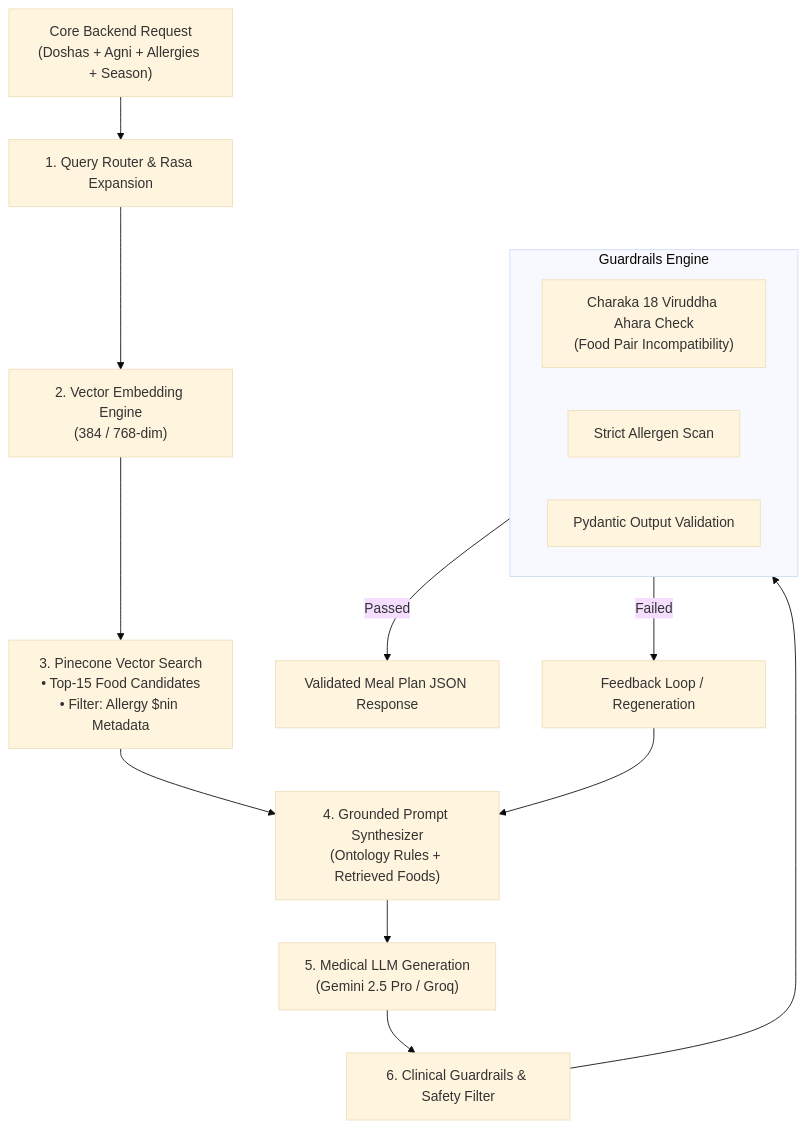
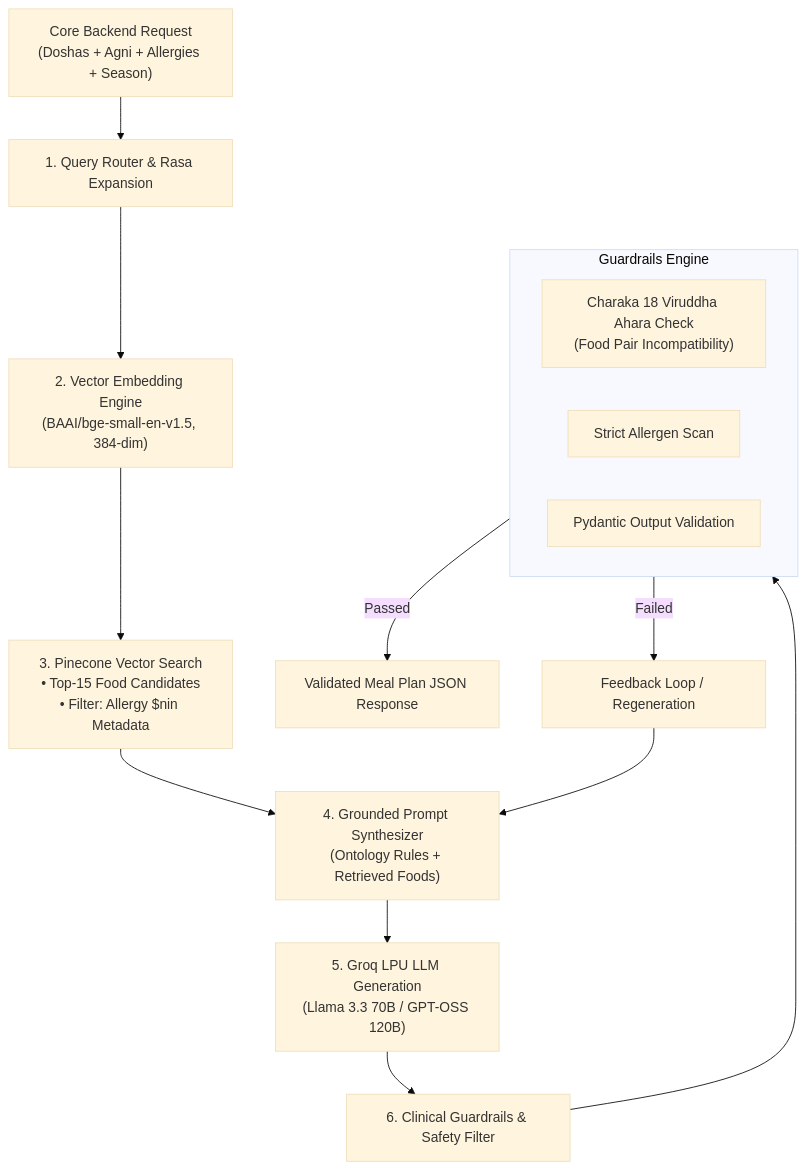
One commit to rajgupta04/Ayurvarta changed the diagram in docs/services/ml-inference-service.md. Above: the diagram before and after it, drawn with Mermaid (base theme). The commit also changed other lines of this file and 19 other files, not shown here.

````diff
--- a/docs/services/ml-inference-service.md
+++ b/docs/services/ml-inference-service.md
@@ -42,20 +45,20 @@
 ```mermaid
 flowchart TD
     Req["Core Backend Request<br/>(Doshas + Agni + Allergies + Season)"] --> Router["1. Query Router & Rasa Expansion"]
-    Router --> Embed["2. Vector Embedding Engine<br/>(384 / 768-dim)"]
+    Router --> Embed["2. Vector Embedding Engine<br/>(BAAI/bge-small-en-v1.5, 384-dim)"]
     Embed --> PineSearch["3. Pinecone Vector Search<br/>• Top-15 Food Candidates<br/>• Filter: Allergy $nin Metadata"]
     PineSearch --> PromptBuilder["4. Grounded Prompt Synthesizer<br/>(Ontology Rules + Retrieved Foods)"]
-    PromptBuilder --> LLM["5. Medical LLM Generation<br/>(Gemini 2.5 Pro / Groq)"]
+    PromptBuilder --> LLM["5. Groq LPU LLM Generation<br/>(Llama 3.3 70B / GPT-OSS 120B)"]
     LLM --> Guardrails["6. Clinical Guardrails & Safety Filter"]
     
     subgraph SafetyChecks["Guardrails Engine"]
         Viruddha["Charaka 18 Viruddha Ahara Check<br/>(Food Pair Incompatibility)"]
         Allergy["Strict Allergen Scan"]
         SchemaVal["Pydantic Output Validation"]
     end
     
     Guardrails --> SafetyChecks
     SafetyChecks -->|Passed| ReturnResponse["Validated Meal Plan JSON Response"]
     SafetyChecks -->|Failed| Retry["Feedback Loop / Regeneration"]
     Retry --> PromptBuilder
 ```
````
